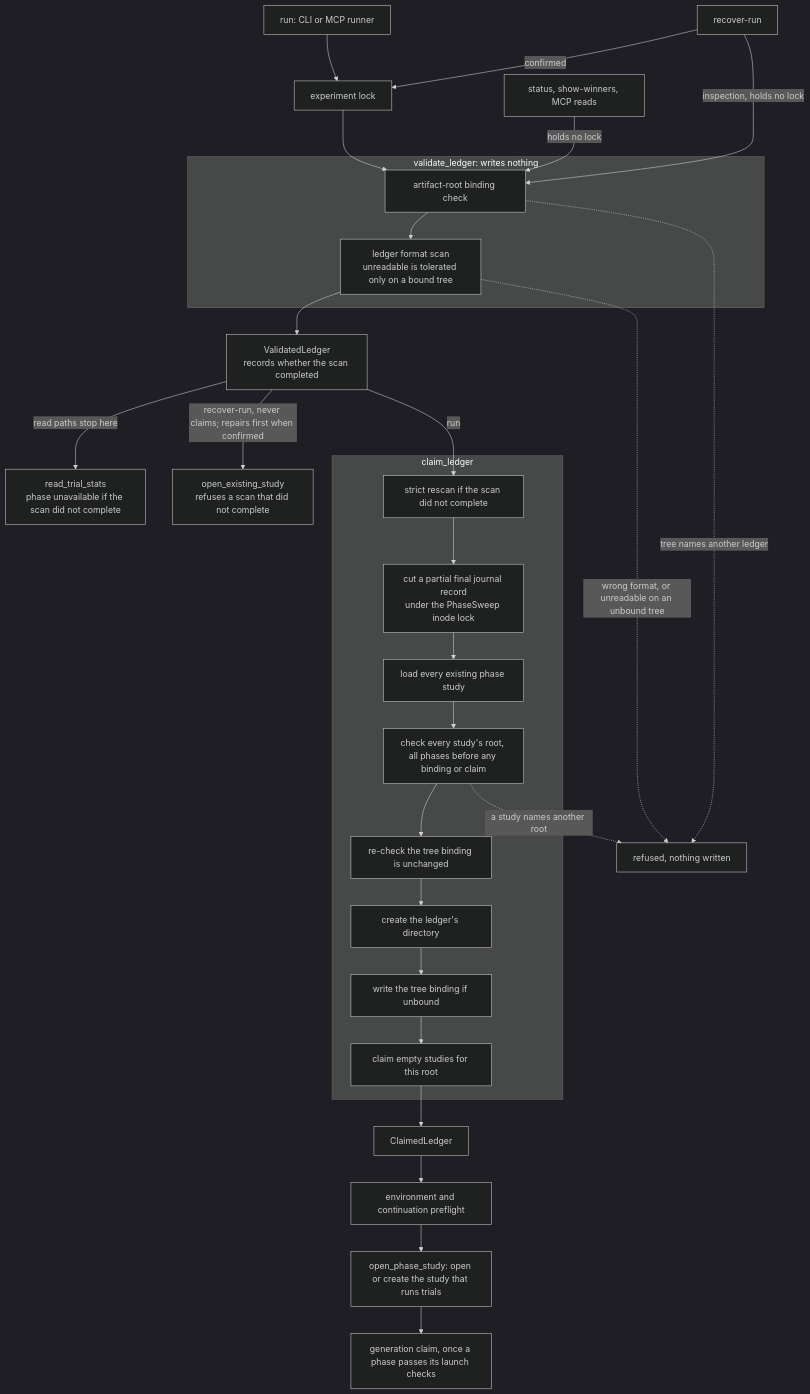
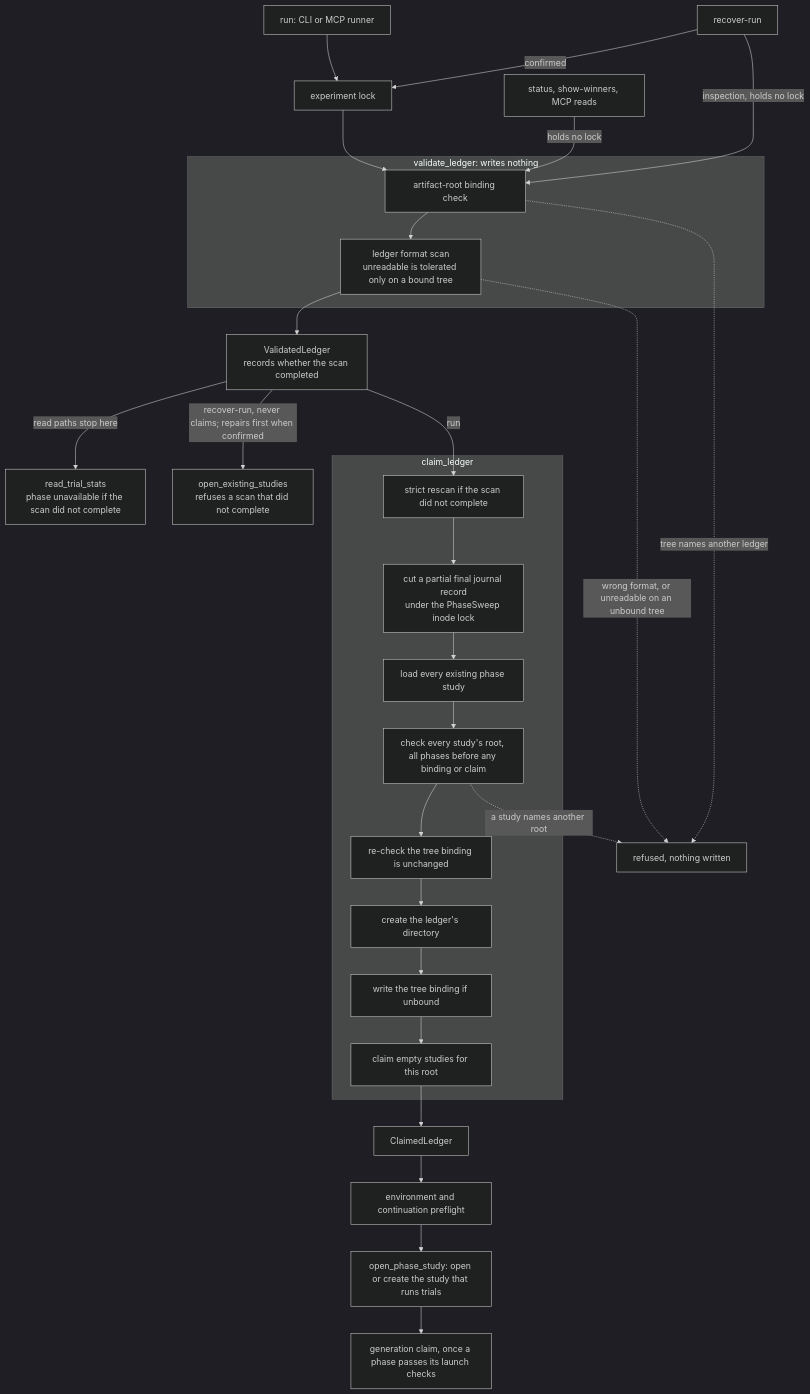
One commit to pszemraj/phasesweep changed the diagram in docs/invariants.md. Above: the diagram before and after it, drawn with Mermaid (dark theme). The commit also changed other lines of this file and 74 other files, not shown here.

````diff
--- a/docs/invariants.md
+++ b/docs/invariants.md
@@ -13,31 +13,31 @@
 ```mermaid
 flowchart TD
     run["run: CLI or MCP runner"] --> lock["experiment lock"]
     recover["recover-run"] -->|"confirmed"| lock
     recover -->|"inspection, holds no lock"| check
     reads["status, show-winners, MCP reads"] -->|"holds no lock"| check
     lock --> check
     subgraph validate["validate_ledger: writes nothing"]
         check["artifact-root binding check"] --> scan["ledger format scan<br/>unreadable is tolerated only on a bound tree"]
     end
     scan --> handle["ValidatedLedger<br/>records whether the scan completed"]
     handle -->|"read paths stop here"| ro["read_trial_stats<br/>phase unavailable if the scan did not complete"]
-    handle -->|"recover-run, never claims; repairs first when confirmed"| existing["open_existing_study<br/>refuses a scan that did not complete"]
+    handle -->|"recover-run, never claims; repairs first when confirmed"| existing["open_existing_studies<br/>refuses a scan that did not complete"]
     handle -->|"run"| rescan
     subgraph claim["claim_ledger"]
         rescan["strict rescan if the scan did not complete"] --> repair["cut a partial final journal record<br/>under the PhaseSweep inode lock"]
         repair --> discover["load every existing phase study"]
         discover --> roots["check every study's root, all phases before any binding or claim"]
         roots --> recheck["re-check the tree binding is unchanged"]
         recheck --> mkdir["create the ledger's directory"]
         mkdir --> bind["write the tree binding if unbound"]
         bind --> claimst["claim empty studies for this root"]
     end
     claimst --> claimed["ClaimedLedger"]
     claimed --> pre["environment and continuation preflight"]
     pre --> open["open_phase_study: open or create the study that runs trials"]
     open --> gen["generation claim, once a phase passes its launch checks"]
     check -.->|"tree names another ledger"| refused["refused, nothing written"]
     scan -.->|"wrong format, or unreadable on an unbound tree"| refused
     roots -.->|"a study names another root"| refused
 ```
````
